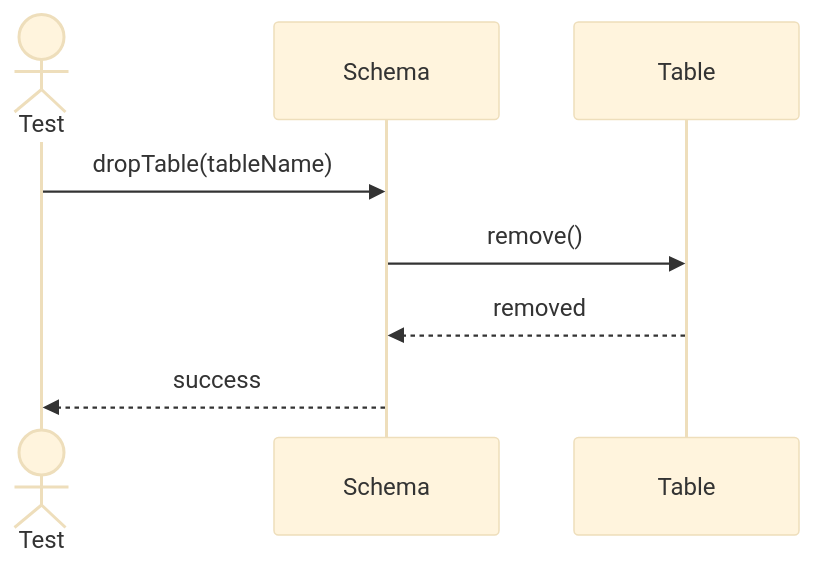
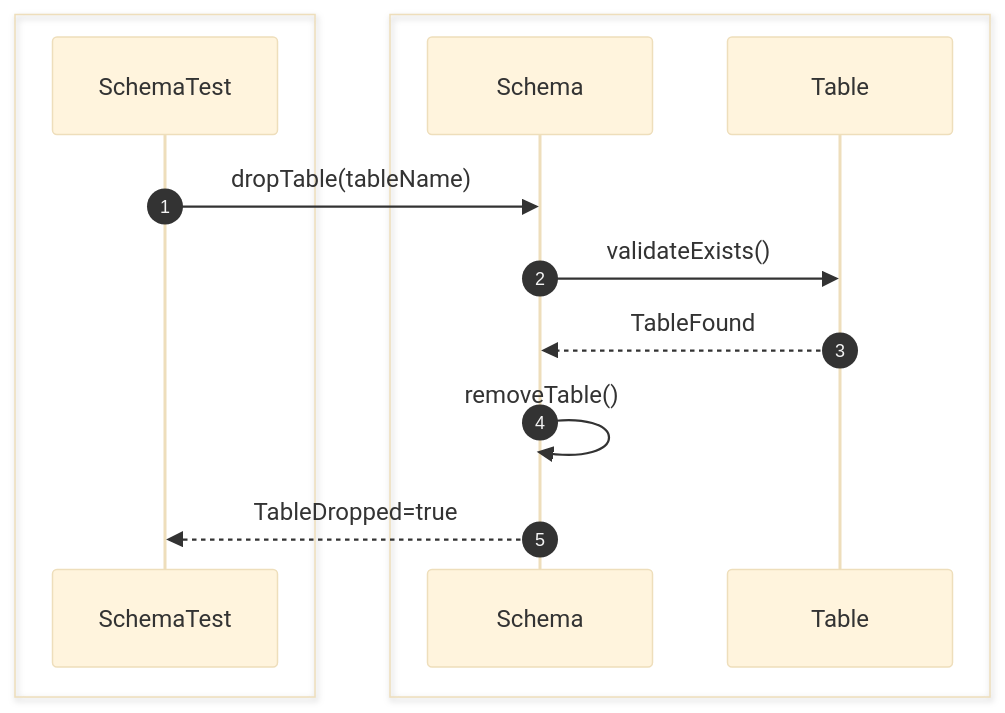
The fourth of 42 diagrams in src/sequence/db-object.md (Huy1801214/dbms-architecture), drawn with Mermaid (base theme) before and after one commit. The commit also changed other lines of this file, not shown here.

Commit message:
add sequence diagrams for database object unit tests

````diff
--- a/src/sequence/db-object.md
+++ b/src/sequence/db-object.md
@@ -40,11 +70,21 @@
 ```mermaid
 sequenceDiagram
-    actor Test
-    participant Schema
-    participant Table
+    autonumber
+    box #e1f5fe Test Suite
+    participant Test as SchemaTest
+    end
+    box #e8f5e9 Database Objects
+    participant Schema as Schema
+    participant Table as Table
+    end
 
     Test->>Schema: dropTable(tableName)
-    Schema->>Table: remove()
-    Table-->>Schema: removed
-    Schema-->>Test: success
+
+    Schema->>Table: validateExists()
+
+    Table-->>Schema: TableFound
+
+    Schema->>Schema: removeTable()
+
+    Schema-->>Test: TableDropped=true
 ```
````
